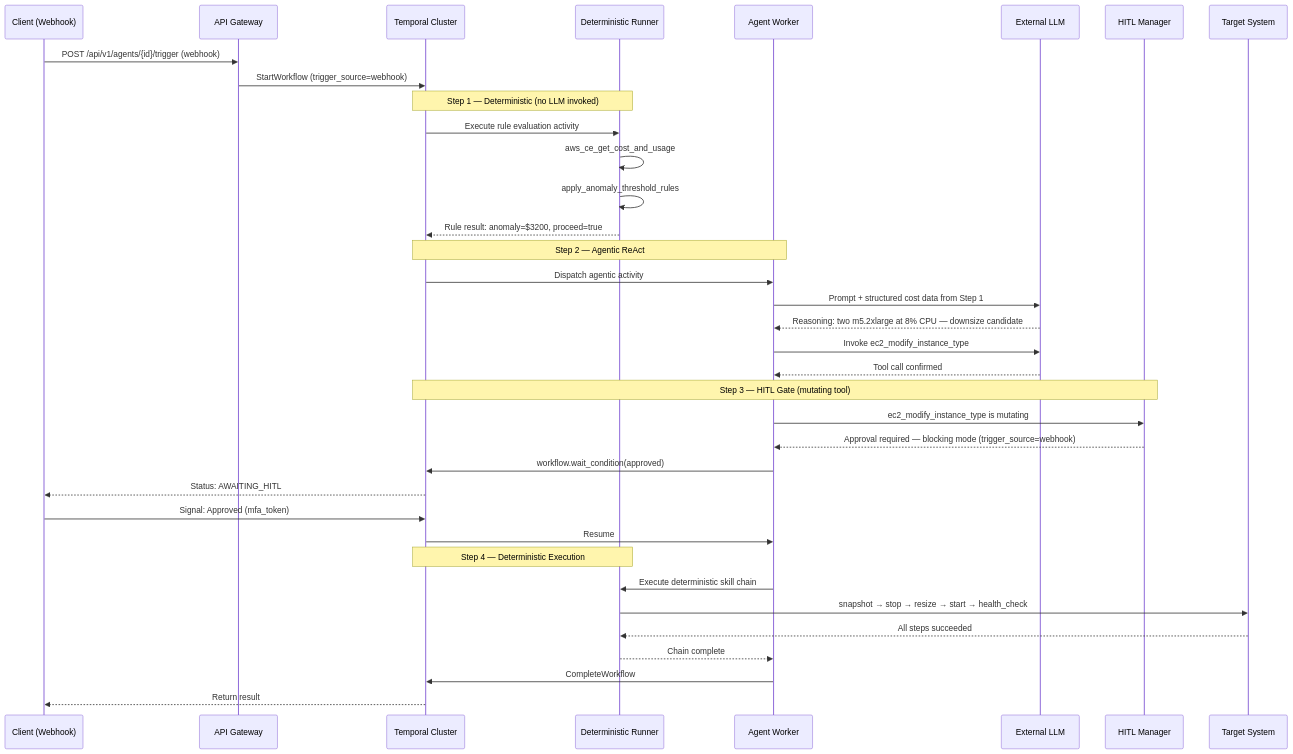
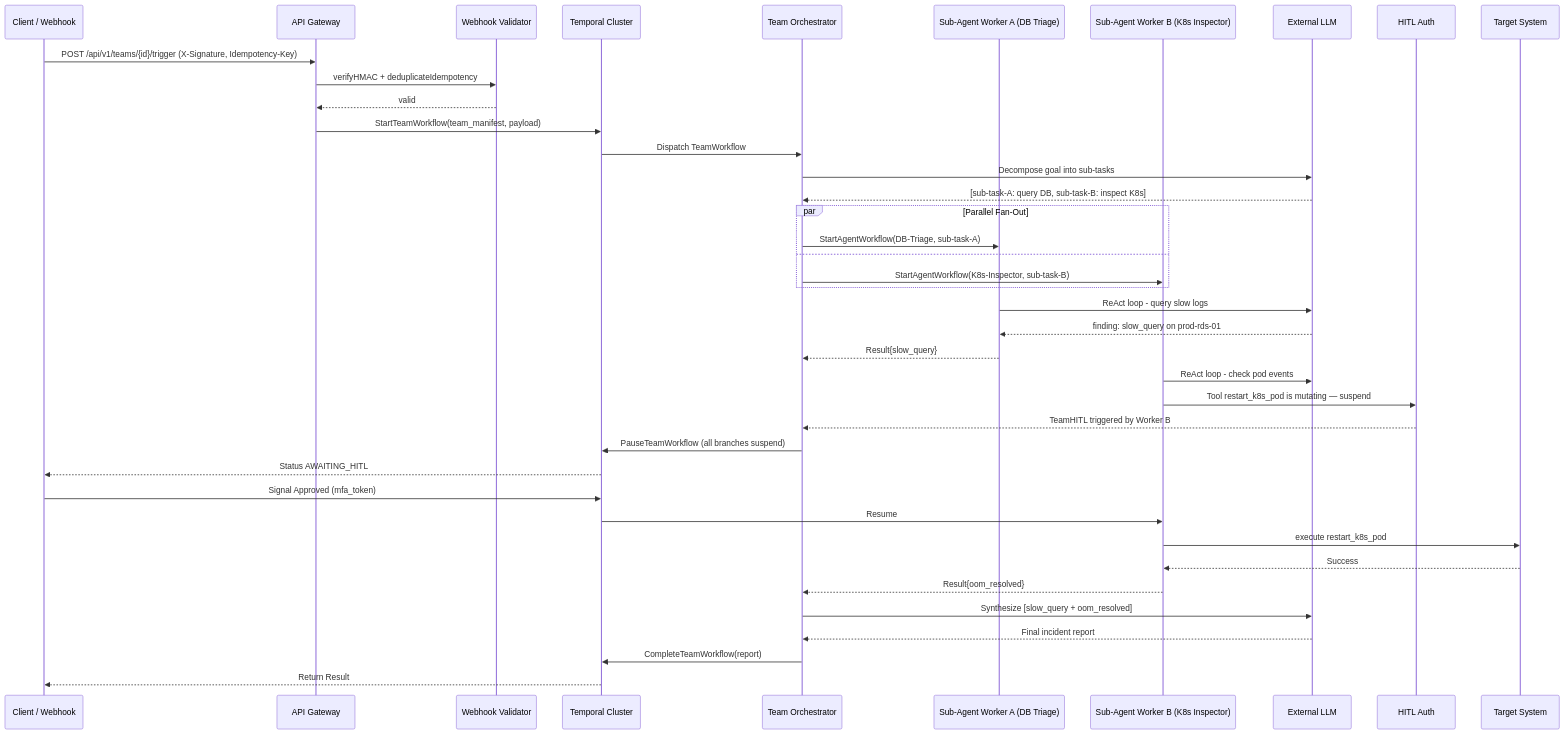
One commit to rayarun/a1-agent-engine changed the fifth of 6 diagrams in architecture.md. Above: the diagram before and after it, drawn with Mermaid. The commit also changed other lines of this file and 1 other file, not shown here.

First line of the commit message:
Docs: Promote worktree architecture and requirements revisions to main

````diff
--- a/architecture.md
+++ b/architecture.md
@@ -258,45 +312,50 @@
 ```mermaid
 sequenceDiagram
-    participant Client as Client (Webhook)
+    participant Client as Client / Webhook
     participant Gateway as API Gateway
+    participant Validator as Webhook Validator
     participant Temp as Temporal Cluster
-    participant Det as Deterministic Runner
-    participant Worker as Agent Worker
+    participant Orch as Team Orchestrator
+    participant DispA as Sub-Agent Worker A (DB Triage)
+    participant DispB as Sub-Agent Worker B (K8s Inspector)
     participant LLM as External LLM
-    participant Auth as HITL Manager
+    participant HITL as HITL Auth
     participant Tool as Target System
 
-    Client->>Gateway: POST /api/v1/agents/{id}/trigger (webhook)
-    Gateway->>Temp: StartWorkflow (trigger_source=webhook)
+    Client->>Gateway: POST /api/v1/teams/{id}/trigger (X-Signature, Idempotency-Key)
+    Gateway->>Validator: verifyHMAC + deduplicateIdempotency
+    Validator-->>Gateway: valid
+    Gateway->>Temp: StartTeamWorkflow(team_manifest, payload)
+    Temp->>Orch: Dispatch TeamWorkflow
 
-    Note over Temp,Det: Step 1 — Deterministic (no LLM invoked)
-    Temp->>Det: Execute rule evaluation activity
-    Det->>Det: aws_ce_get_cost_and_usage
-    Det->>Det: apply_anomaly_threshold_rules
-    Det-->>Temp: Rule result: anomaly=$3200, proceed=true
+    Orch->>LLM: Decompose goal into sub-tasks
+    LLM-->>Orch: [sub-task-A: query DB, sub-task-B: inspect K8s]
 
-    Note over Temp,Worker: Step 2 — Agentic ReAct
-    Temp->>Worker: Dispatch agentic activity
-    Worker->>LLM: Prompt + structured cost data from Step 1
-    LLM-->>Worker: Reasoning: two m5.2xlarge at 8% CPU — downsize candidate
-    Worker->>LLM: Invoke ec2_modify_instance_type
-    LLM-->>Worker: Tool call confirmed
+    par Parallel Fan-Out
+        Orch->>DispA: StartAgentWorkflow(DB-Triage, sub-task-A)
+    and
+        Orch->>DispB: StartAgentWorkflow(K8s-Inspector, sub-task-B)
+    end
 
-    Note over Temp,Auth: Step 3 — HITL Gate (mutating tool)
-    Worker->>Auth: ec2_modify_instance_type is mutating
-    Auth-->>Worker: Approval required — blocking mode (trigger_source=webhook)
-    Worker->>Temp: workflow.wait_condition(approved)
-    Temp-->>Client: Status: AWAITING_HITL
+    DispA->>LLM: ReAct loop - query slow logs
+    LLM-->>DispA: finding: slow_query on prod-rds-01
+    DispA-->>Orch: Result{slow_query}
 
-    Client->>Temp: Signal: Approved (mfa_token)
-    Temp->>Worker: Resume
+    DispB->>LLM: ReAct loop - check pod events
+    DispB->>HITL: Tool restart_k8s_pod is mutating — suspend
+    HITL-->>Orch: TeamHITL triggered by Worker B
 
-    Note over Temp,Det: Step 4 — Deterministic Execution
-    Worker->>Det: Execute deterministic skill chain
-    Det->>Tool: snapshot → stop → resize → start → health_check
-    Tool-->>Det: All steps succeeded
-    Det-->>Worker: Chain complete
+    Orch->>Temp: PauseTeamWorkflow (all branches suspend)
+    Temp-->>Client: Status AWAITING_HITL
 
-    Worker->>Temp: CompleteWorkflow
-    Temp-->>Client: Return result
+    Client->>Temp: Signal Approved (mfa_token)
+    Temp->>DispB: Resume
+    DispB->>Tool: execute restart_k8s_pod
+    Tool-->>DispB: Success
+    DispB-->>Orch: Result{oom_resolved}
+
+    Orch->>LLM: Synthesize [slow_query + oom_resolved]
+    LLM-->>Orch: Final incident report
+    Orch->>Temp: CompleteTeamWorkflow(report)
+    Temp-->>Client: Return Result
 ```
````
